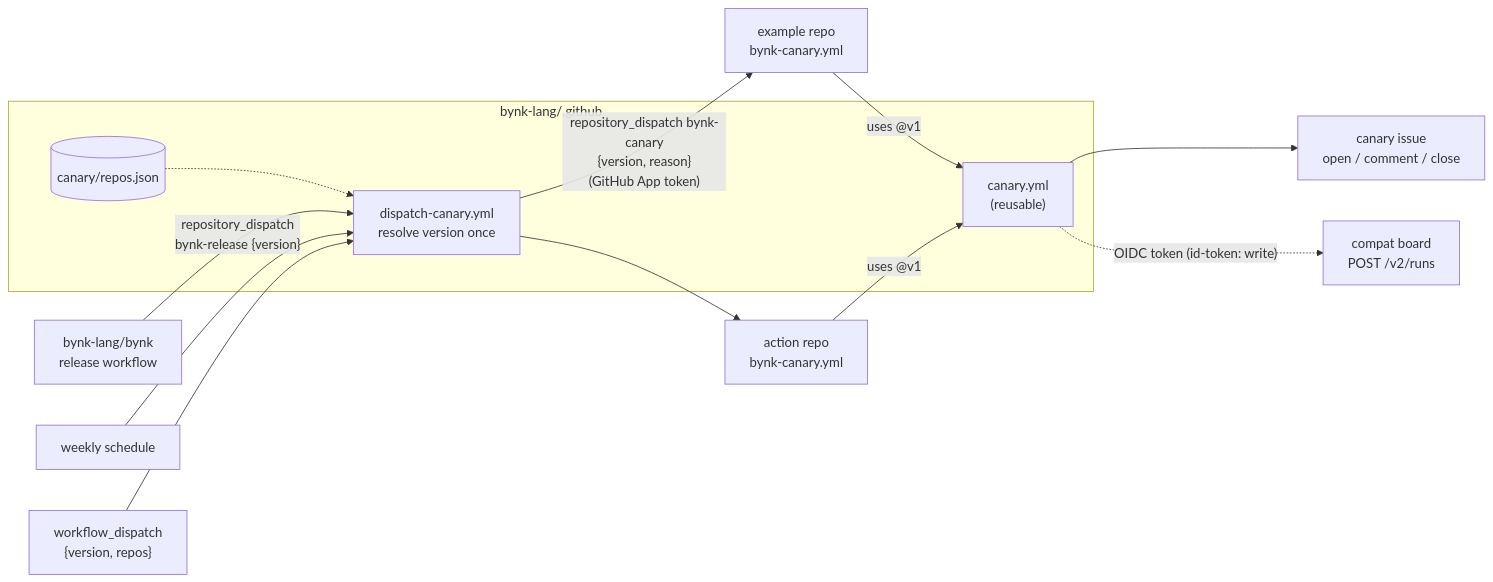
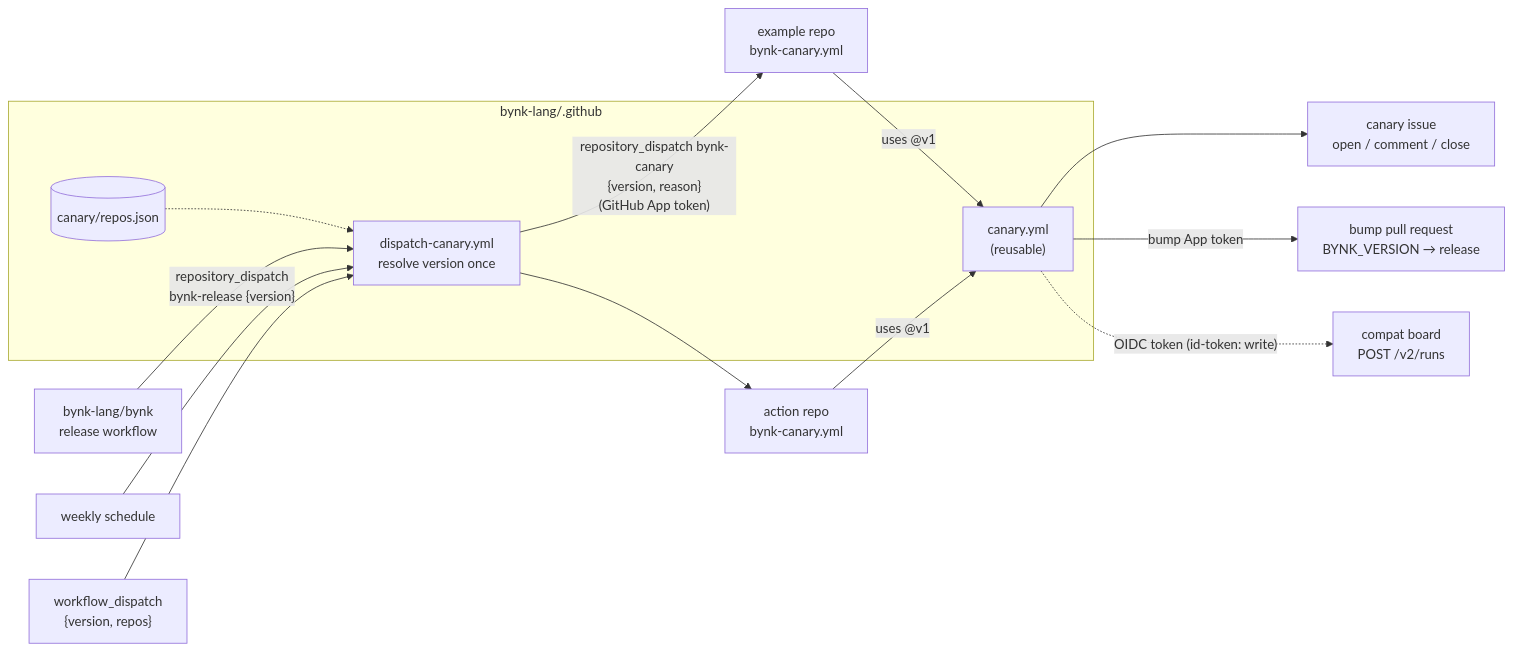
The diagram in canary/README.md (bynk-lang/.github), drawn with Mermaid before and after one commit. The commit also changed other lines of this file and 5 other files, not shown here.

First line of the commit message:
Propose moving the pin when a newer release passes: bump

````diff
--- a/canary/README.md
+++ b/canary/README.md
@@ -9,18 +11,19 @@
 ```mermaid
 flowchart LR
   bynk["bynk-lang/bynk<br/>release workflow"] -- "repository_dispatch<br/>bynk-release {version}" --> D
   cron["weekly schedule"] --> D
   hand["workflow_dispatch<br/>{version, repos}"] --> D
   subgraph org [bynk-lang/.github]
     D["dispatch-canary.yml<br/>resolve version once"]
     R[("canary/repos.json")]
     C["canary.yml<br/>(reusable)"]
     R -.-> D
   end
   D -- "repository_dispatch bynk-canary<br/>{version, reason}<br/>(GitHub App token)" --> E1["example repo<br/>bynk-canary.yml"]
   D -- " " --> E2["action repo<br/>bynk-canary.yml"]
   E1 -- "uses @v1" --> C
   E2 -- "uses @v1" --> C
   C --> I["canary issue<br/>open / comment / close"]
+  C -- "bump App token" --> P["bump pull request<br/>BYNK_VERSION → release"]
   C -. "OIDC token (id-token: write)" .-> B["compat board<br/>POST /v2/runs"]
 ```
````
